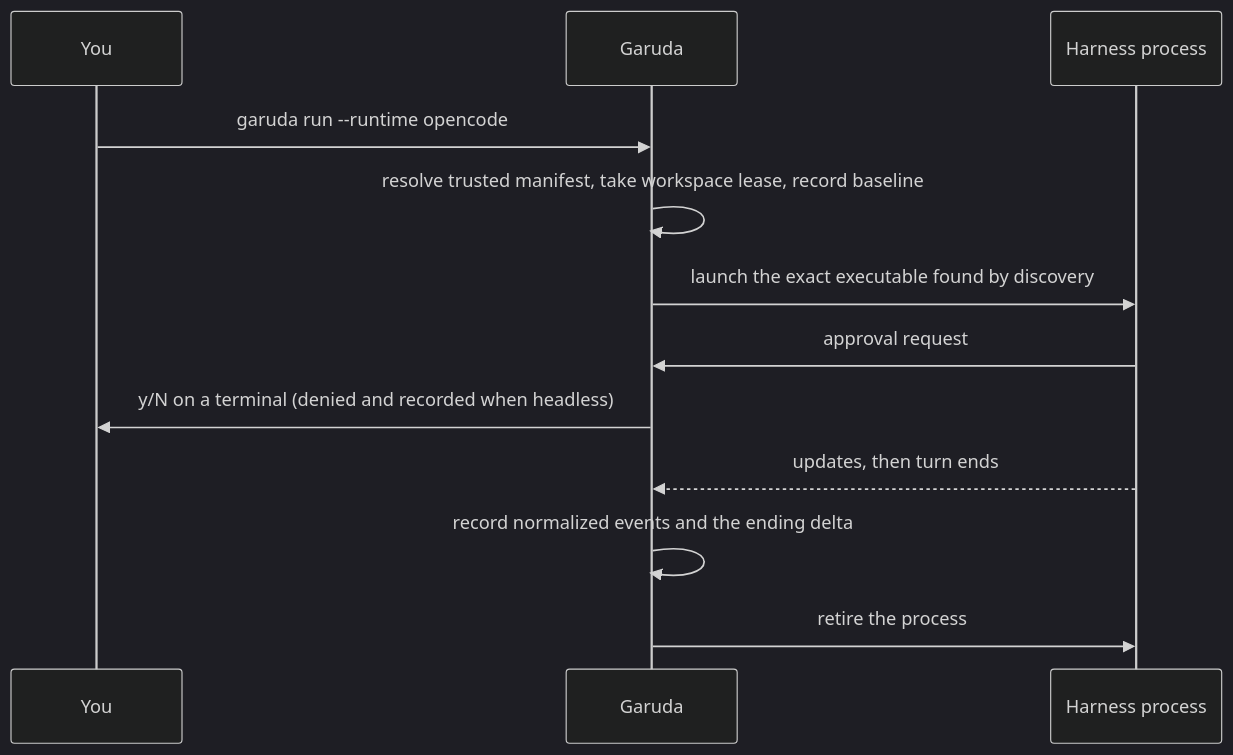
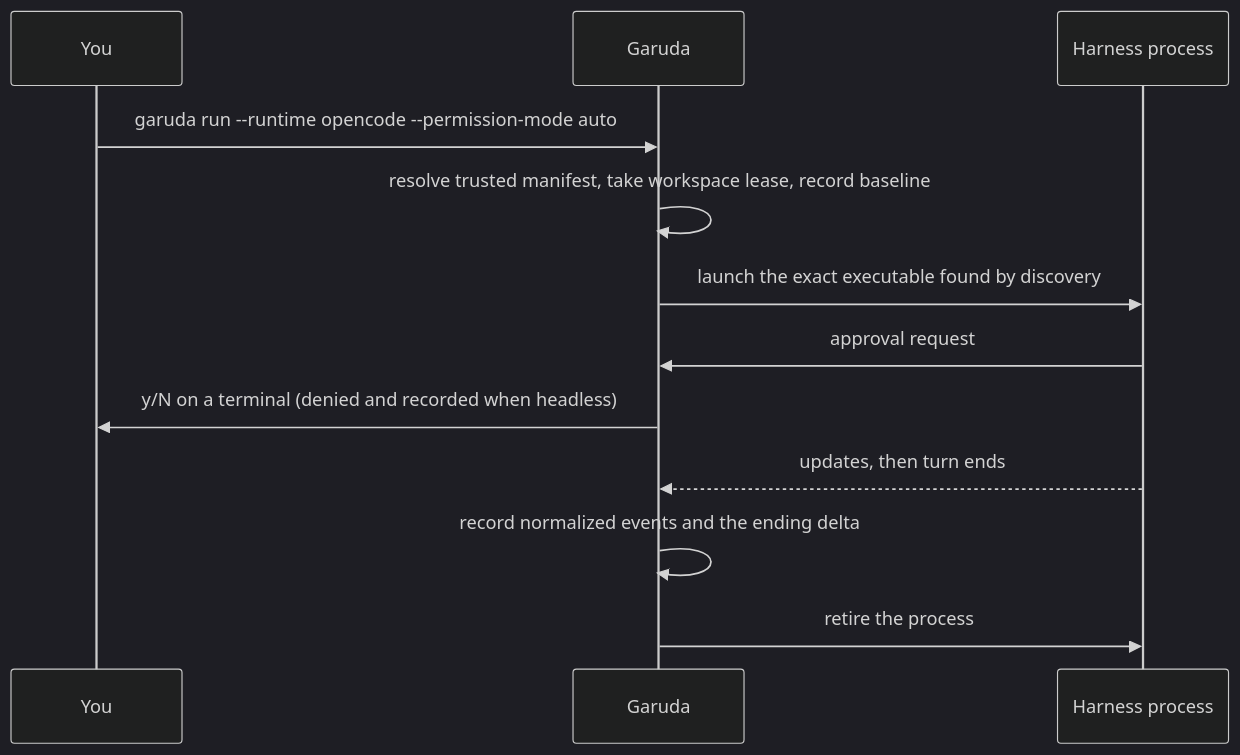
One commit to Darshan2104/Garuda-openagent changed the first of 2 diagrams in docs/guides/external-harnesses.md. Above: the diagram before and after it, drawn with Mermaid (dark theme). The commit also changed other lines of this file and 1 other file, not shown here.

First line of the commit message:
Give the docs' external-harness commands a permission mode that runs (#732)

````diff
--- a/docs/guides/external-harnesses.md
+++ b/docs/guides/external-harnesses.md
@@ -79,14 +79,14 @@
 ```mermaid
 sequenceDiagram
   participant You
   participant Garuda
   participant H as Harness process
-  You->>Garuda: garuda run --runtime opencode
+  You->>Garuda: garuda run --runtime opencode --permission-mode auto
   Garuda->>Garuda: resolve trusted manifest, take workspace lease, record baseline
   Garuda->>H: launch the exact executable found by discovery
   H->>Garuda: approval request
   Garuda->>You: y/N on a terminal (denied and recorded when headless)
   H-->>Garuda: updates, then turn ends
   Garuda->>Garuda: record normalized events and the ending delta
   Garuda->>H: retire the process
 ```
````
